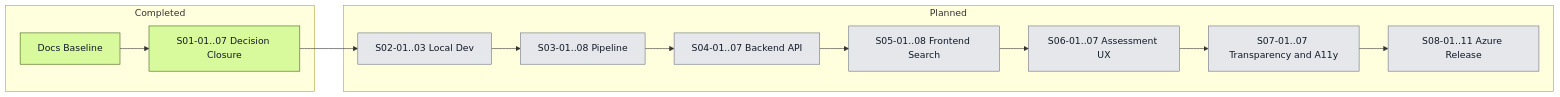
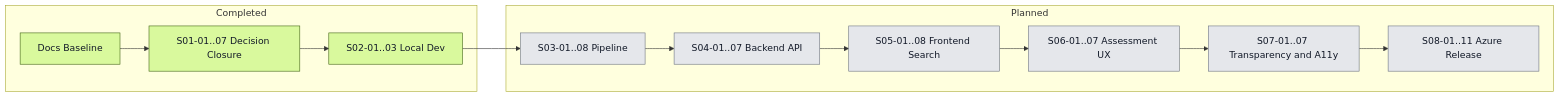
The second of 2 diagrams in docs/delivery/ROADMAP.md (artemsemdev/SeaRise-Europe), drawn with Mermaid before and after one commit. The commit also changed other lines of this file and 20 other files, not shown here.

````diff
--- a/docs/delivery/ROADMAP.md
+++ b/docs/delivery/ROADMAP.md
@@ -193,25 +193,25 @@
 ```mermaid
 flowchart LR
     subgraph Completed
         B[Docs Baseline]
         W1[S01-01..07 Decision Closure]
+        W2[S02-01..03 Local Dev]
     end
 
     subgraph Planned
-        W2[S02-01..03 Local Dev]
         W3[S03-01..08 Pipeline]
         W4[S04-01..07 Backend API]
         W5[S05-01..08 Frontend Search]
         W6[S06-01..07 Assessment UX]
         W7[S07-01..07 Transparency and A11y]
         W8[S08-01..11 Azure Release]
     end
 
     B --> W1 --> W2 --> W3 --> W4 --> W5 --> W6 --> W7 --> W8
 
     classDef done fill:#d9f99d,stroke:#3f6212,color:#111827;
     classDef later fill:#e5e7eb,stroke:#6b7280,color:#111827;
 
-    class B,W1 done;
-    class W2,W3,W4,W5,W6,W7,W8 later;
+    class B,W1,W2 done;
+    class W3,W4,W5,W6,W7,W8 later;
 ```
````
